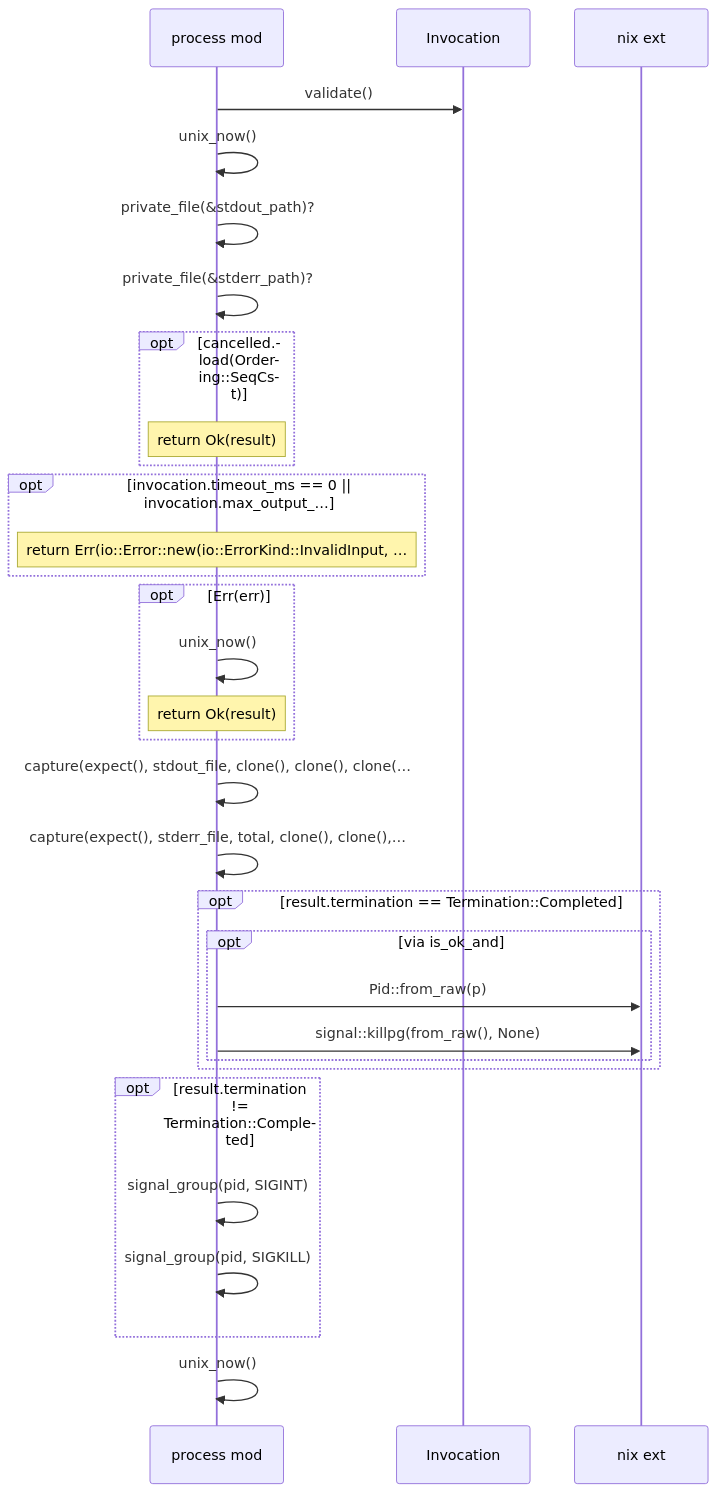
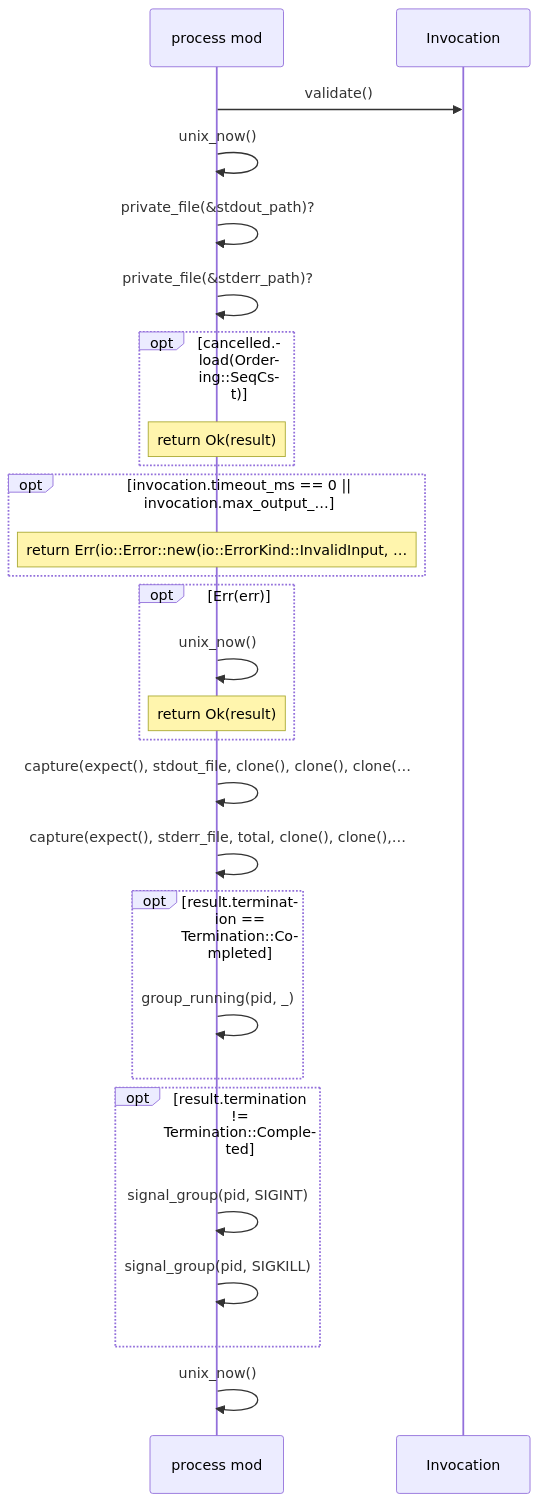
One commit to DreamLab-AI/visioncraft changed the seventh of 7 diagrams in docs/diagrams/generated/src/process.rs.md. Above: the diagram before and after it, drawn with Mermaid. The commit also changed other lines of this file and 12 other files, not shown here.

Commit message:
Refresh verified ADRs and source-derived diagrams after review repairs

````diff
--- a/docs/diagrams/generated/src/process.rs.md
+++ b/docs/diagrams/generated/src/process.rs.md
@@ -55,33 +182,29 @@
 ```mermaid
 sequenceDiagram
   participant visioncraft__process as process mod
   participant visioncraft__plan___tInvocation as Invocation
-  participant _nix as nix ext
   visioncraft__process->>visioncraft__plan___tInvocation: validate()
   visioncraft__process->>visioncraft__process: unix_now()
   visioncraft__process->>visioncraft__process: private_file(&stdout_path)?
   visioncraft__process->>visioncraft__process: private_file(&stderr_path)?
   opt cancelled.load(Ordering::SeqCst)
     Note over visioncraft__process: return Ok(result)
   end
   opt invocation.timeout_ms == 0 || invocation.max_output_…
     Note over visioncraft__process: return Err(io::Error::new(io::ErrorKind::InvalidInput, …
   end
   opt Err(err)
     visioncraft__process->>visioncraft__process: unix_now()
     Note over visioncraft__process: return Ok(result)
   end
   visioncraft__process->>visioncraft__process: capture(expect(), stdout_file, clone(), clone(), clone(…
   visioncraft__process->>visioncraft__process: capture(expect(), stderr_file, total, clone(), clone(),…
   opt result.termination == Termination::Completed
-    opt via is_ok_and
-      visioncraft__process->>_nix: Pid::from_raw(p)
-      visioncraft__process->>_nix: signal::killpg(from_raw(), None)
-    end
+    visioncraft__process->>visioncraft__process: group_running(pid, _)
   end
   opt result.termination != Termination::Completed
     visioncraft__process->>visioncraft__process: signal_group(pid, SIGINT)
     visioncraft__process->>visioncraft__process: signal_group(pid, SIGKILL)
   end
   visioncraft__process->>visioncraft__process: unix_now()
 ```
````
